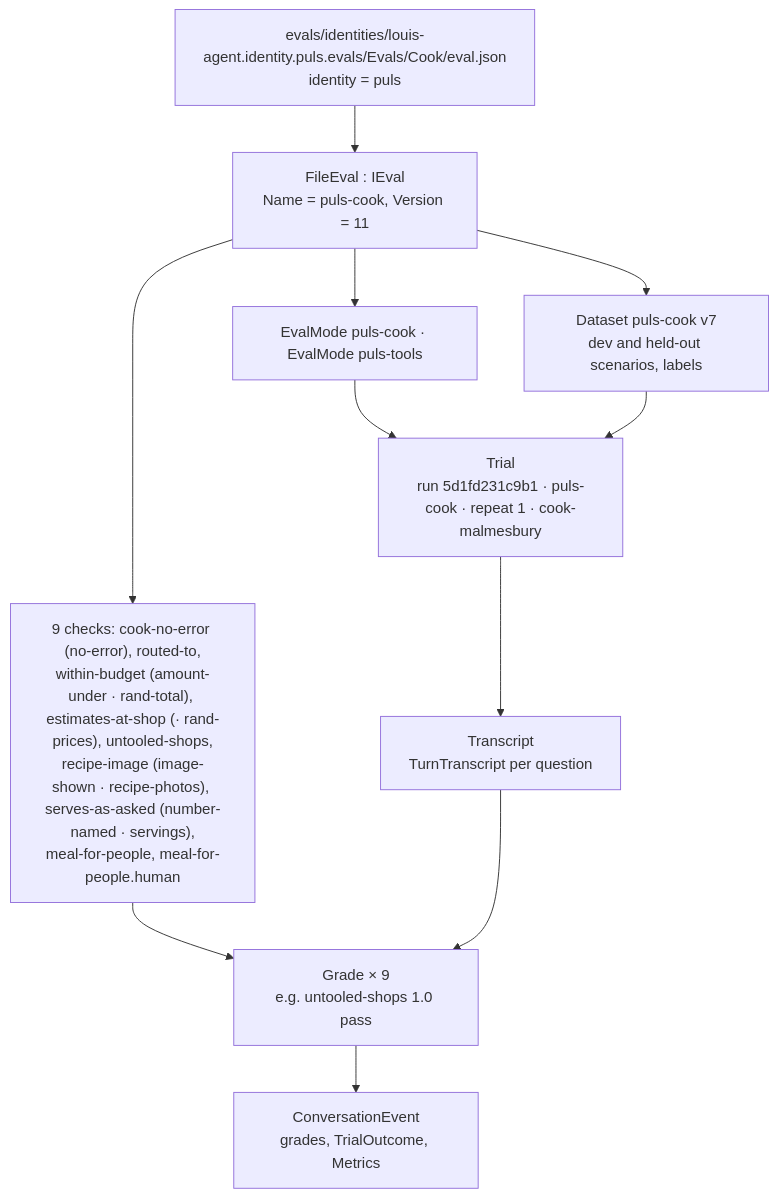
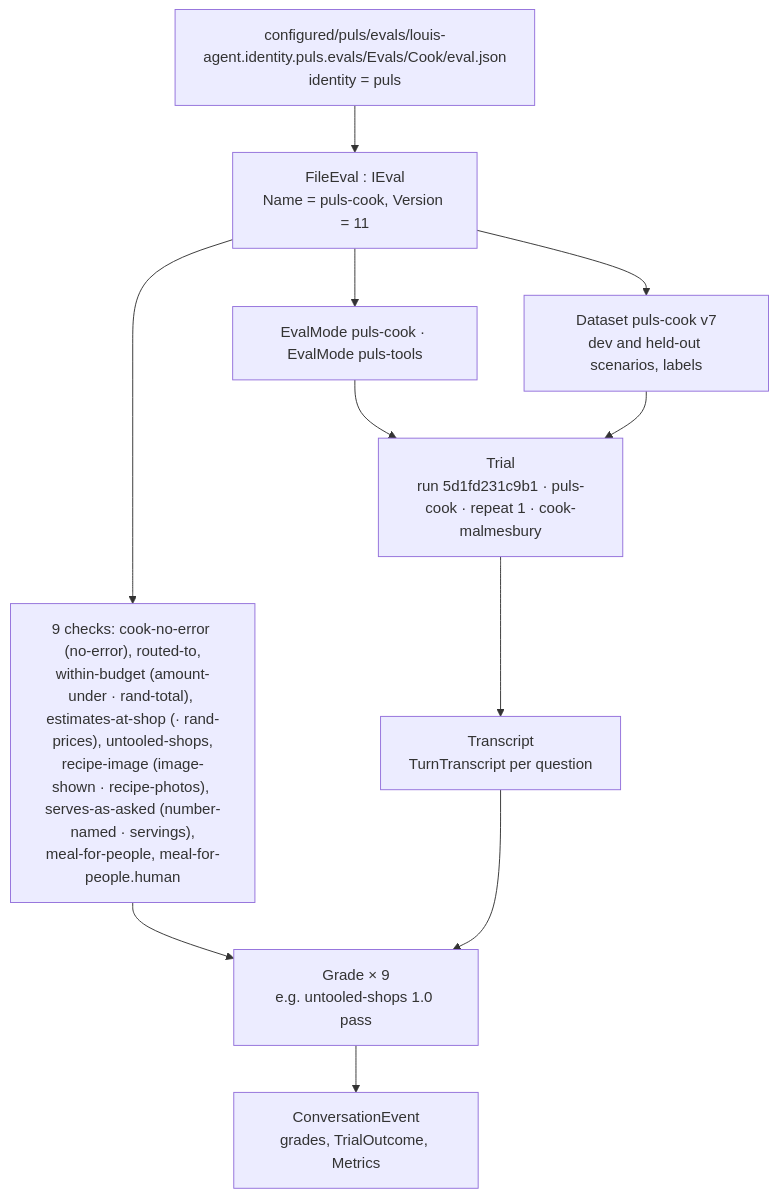
Before and after one commit to bosbevk/louis-agent: the third of 5 diagrams in docs/architecture/evals.md, drawn with Mermaid. The commit also changed other lines of this file and 1121 other files, not shown here.

````diff
--- a/docs/architecture/evals.md
+++ b/docs/architecture/evals.md
@@ -210,22 +210,22 @@
 ```mermaid
 flowchart TB
-  set["evals/identities/louis-agent.identity.puls.evals/Evals/Cook/eval.json<br/>identity = puls"]
+  set["configured/puls/evals/louis-agent.identity.puls.evals/Evals/Cook/eval.json<br/>identity = puls"]
   eval["FileEval : IEval<br/>Name = puls-cook, Version = 11"]
   modes["EvalMode puls-cook · EvalMode puls-tools"]
   data["Dataset puls-cook v7<br/>dev and held-out scenarios, labels"]
   graders["9 checks: cook-no-error (no-error), routed-to,<br/>within-budget (amount-under · rand-total), estimates-at-shop (· rand-prices), untooled-shops,<br/>recipe-image (image-shown · recipe-photos), serves-as-asked (number-named · servings),<br/>meal-for-people, meal-for-people.human"]
   trial["Trial<br/>run 5d1fd231c9b1 · puls-cook · repeat 1 · cook-malmesbury"]
   transcript["Transcript<br/>TurnTranscript per question"]
   grades["Grade × 9<br/>e.g. untooled-shops 1.0 pass"]
   conv["ConversationEvent<br/>grades, TrialOutcome, Metrics"]
   set --> eval
   eval --> modes
   eval --> data
   eval --> graders
   modes --> trial
   data --> trial
   trial --> transcript
   graders --> grades
   transcript --> grades
   grades --> conv
 ```
````
